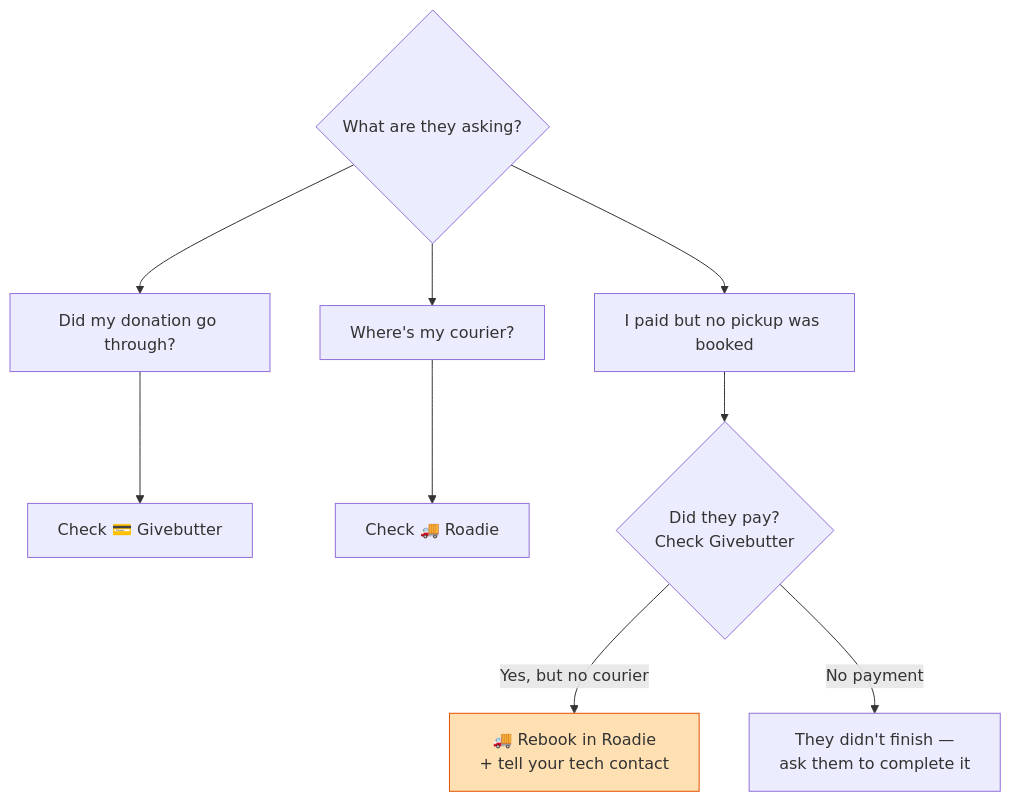
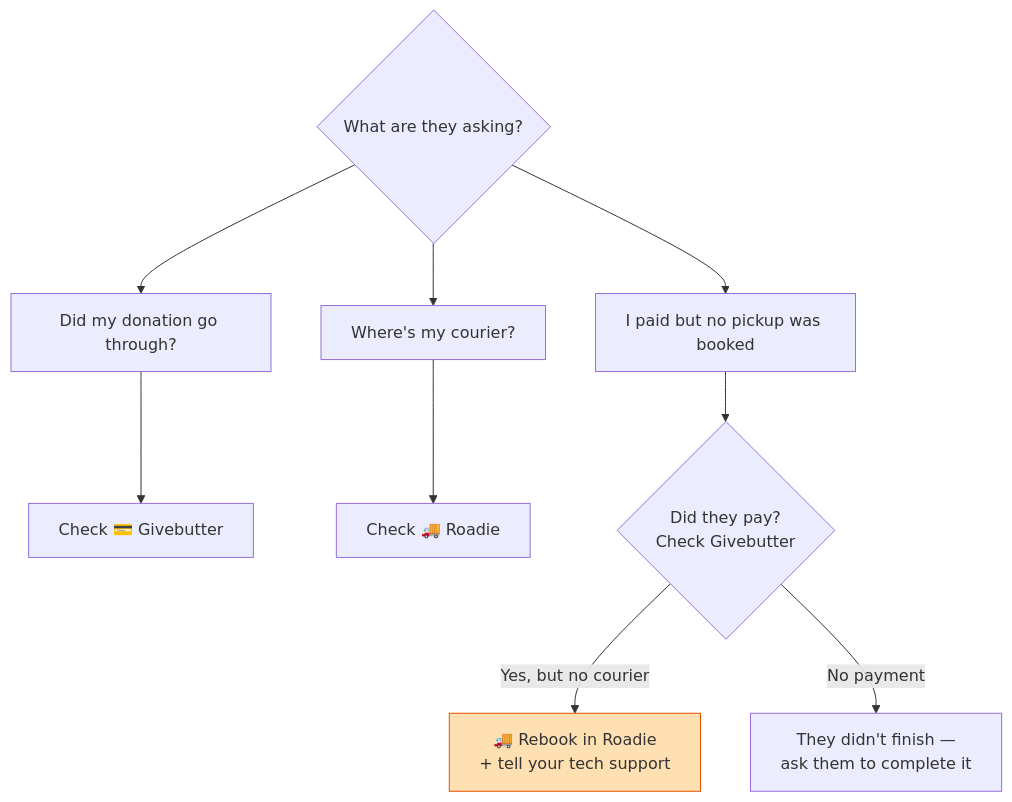
One commit to Beauty-Forward/donation-delivery-app changed the diagram in docs/user-guide-internal-simple.md. Above: the diagram before and after it, drawn with Mermaid. The commit also changed other lines of this file and 11 other files, not shown here.

````diff
--- a/docs/user-guide-internal-simple.md
+++ b/docs/user-guide-internal-simple.md
@@ -19,14 +19,14 @@
 ```mermaid
 flowchart TD
     Q{What are they asking?} --> A["Did my donation go through?"]
     Q --> B["Where's my courier?"]
     Q --> C["I paid but no pickup was booked"]
 
     A --> A2["Check 💳 Givebutter"]
     B --> B2["Check 🚚 Roadie"]
     C --> C2{Did they pay?<br/>Check Givebutter}
-    C2 -->|Yes, but no courier| C3["🚚 Rebook in Roadie<br/>+ tell your tech contact"]
+    C2 -->|Yes, but no courier| C3["🚚 Rebook in Roadie<br/>+ tell your tech support"]
     C2 -->|No payment| C4["They didn't finish —<br/>ask them to complete it"]
 
     style C3 fill:#ffe0b2,stroke:#e65100
 ```
````
